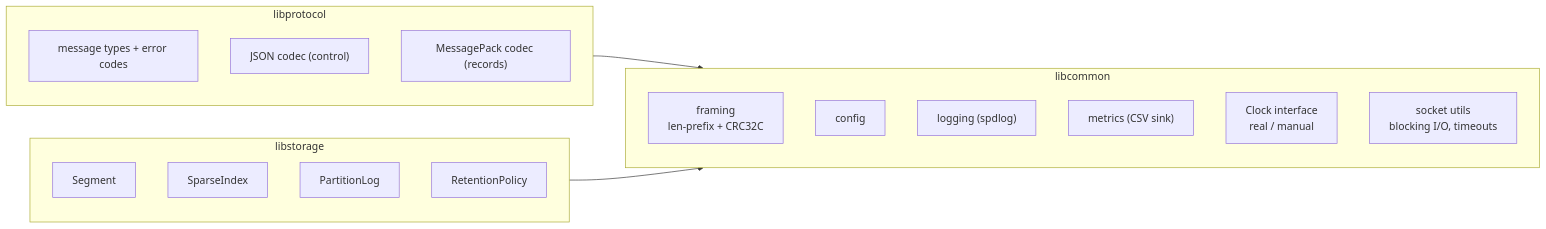
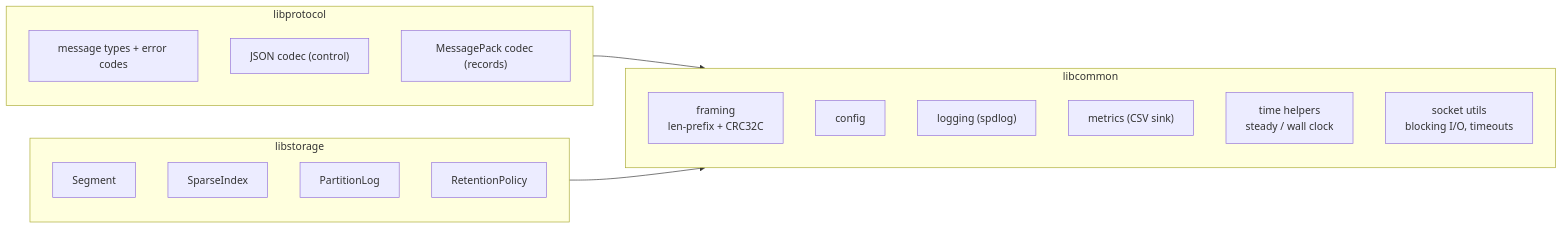
One commit to shubhamZXCV/kafka changed the fourth of 24 diagrams in docs/high-level-design.md. Above: the diagram before and after it, drawn with Mermaid. The commit also changed other lines of this file and 4 other files, not shown here.

````diff
--- a/docs/high-level-design.md
+++ b/docs/high-level-design.md
@@ -269,24 +277,24 @@
 ```mermaid
 flowchart LR
     subgraph common["libcommon"]
         FR["framing<br/>len-prefix + CRC32C"]
         CFG["config"]
         LOG["logging (spdlog)"]
         MET["metrics (CSV sink)"]
-        CLK["Clock interface<br/>real / manual"]
+        CLK["time helpers<br/>steady / wall clock"]
         NET["socket utils<br/>blocking I/O, timeouts"]
     end
     subgraph proto["libprotocol"]
         MSG["message types + error codes"]
         JS["JSON codec (control)"]
         MP["MessagePack codec (records)"]
     end
     subgraph storage["libstorage"]
         SEG["Segment"]
         IDX["SparseIndex"]
         PLOG["PartitionLog"]
         RET["RetentionPolicy"]
     end
     proto --> common
     storage --> common
 ```
````
